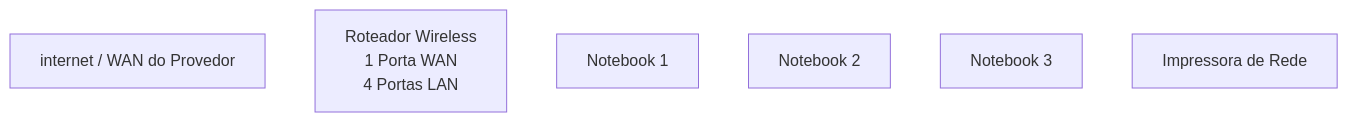
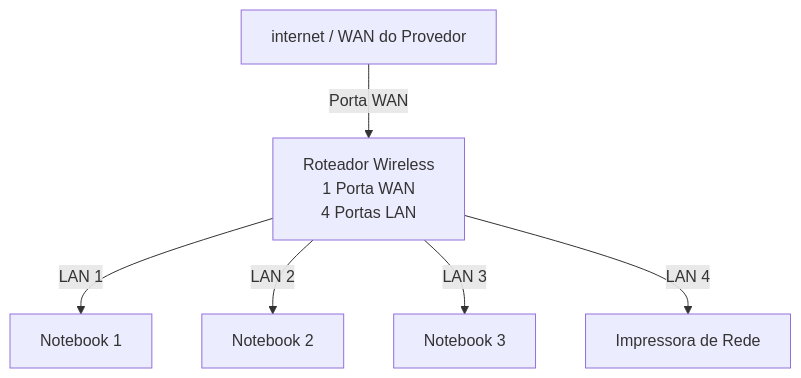
The diagram in README.md (ruanander/lab-redes01), drawn with Mermaid before and after one commit.

````diff
--- a/README.md
+++ b/README.md
@@ -37,15 +37,20 @@
 ```mermaid
 graph TD
 
 WAN[internet / WAN do Provedor]
 
 Router[Roteador Wireless<br>1 Porta WAN<br>4 Portas LAN]
 
 PC1[Notebook 1]
 PC2[Notebook 2]
 PC3[Notebook 3]
 
-Primer[Impressora de Rede]
+Printer[Impressora de Rede]
 
-WAN
+WAN --> |Porta WAN| Router
+
+Router --> |LAN 1| PC1
+Router --> |LAN 2| PC2
+Router --> |LAN 3| PC3
+Router --> |LAN 4| Printer
 ```
````
